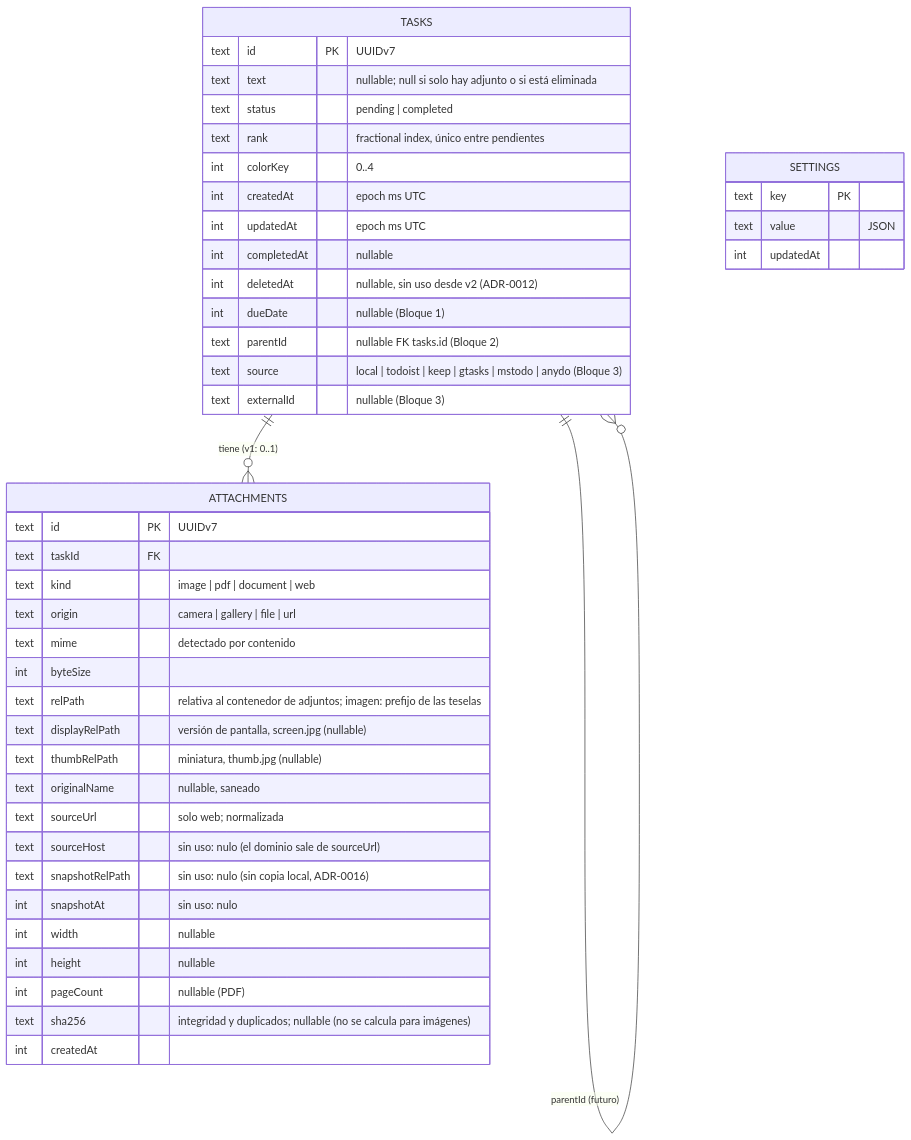
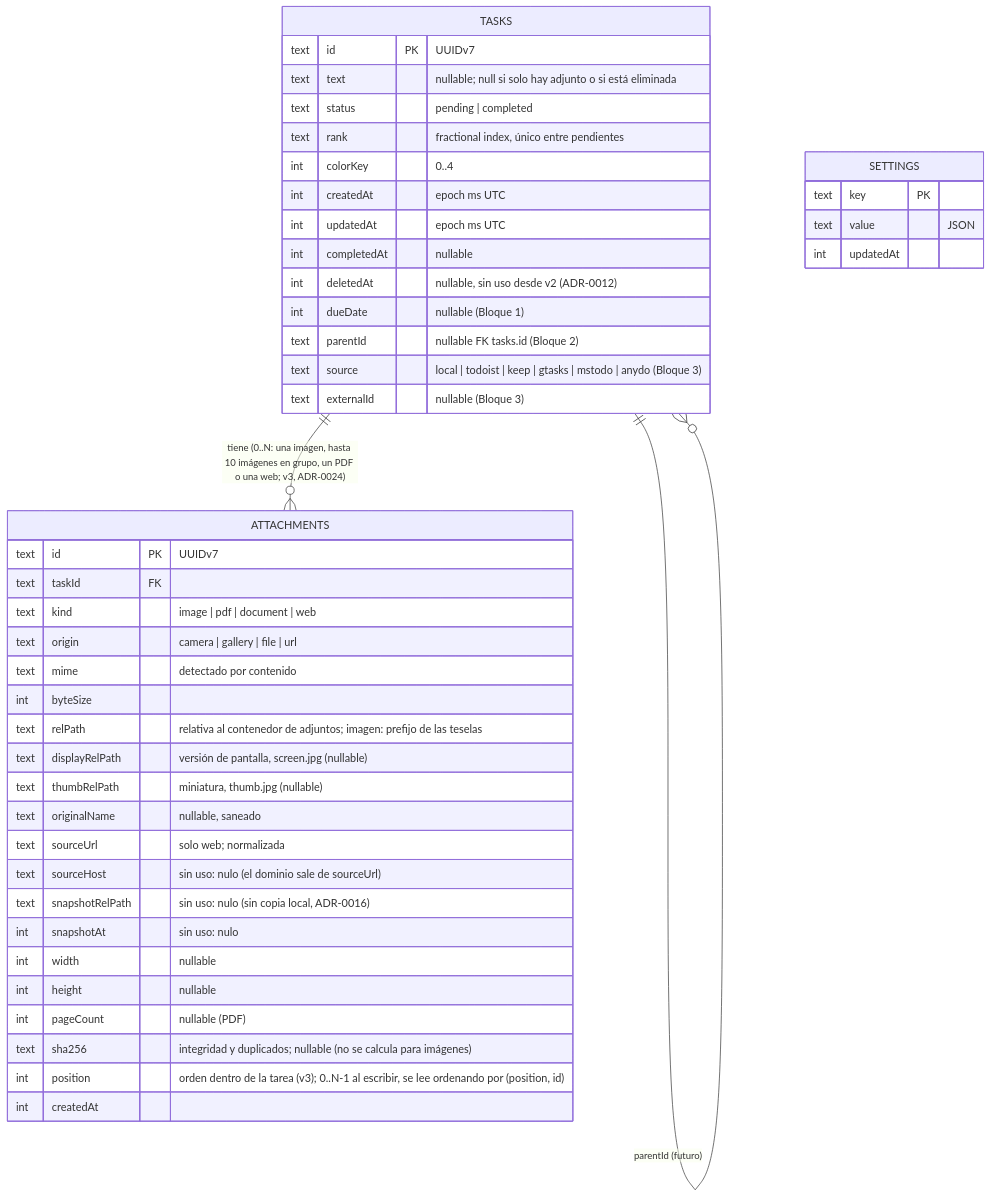
Before and after one commit to svallev/una: the third of 4 diagrams in docs/architecture.md, drawn with Mermaid. The commit also changed other lines of this file and 170 other files, not shown here.

````diff
--- a/docs/architecture.md
+++ b/docs/architecture.md
@@ -98,46 +98,47 @@
 ```mermaid
 erDiagram
-  TASKS ||--o{ ATTACHMENTS : "tiene (v1: 0..1)"
+  TASKS ||--o{ ATTACHMENTS : "tiene (0..N: una imagen, hasta 10 imágenes en grupo, un PDF o una web; v3, ADR-0024)"
   TASKS ||--o{ TASKS : "parentId (futuro)"
   TASKS {
     text id PK "UUIDv7"
     text text "nullable; null si solo hay adjunto o si está eliminada"
     text status "pending | completed"
     text rank "fractional index, único entre pendientes"
     int colorKey "0..4"
     int createdAt "epoch ms UTC"
     int updatedAt "epoch ms UTC"
     int completedAt "nullable"
     int deletedAt "nullable, sin uso desde v2 (ADR-0012)"
     int dueDate "nullable (Bloque 1)"
     text parentId "nullable FK tasks.id (Bloque 2)"
     text source "local | todoist | keep | gtasks | mstodo | anydo (Bloque 3)"
     text externalId "nullable (Bloque 3)"
   }
   ATTACHMENTS {
     text id PK "UUIDv7"
     text taskId FK
     text kind "image | pdf | document | web"
     text origin "camera | gallery | file | url"
     text mime "detectado por contenido"
     int byteSize
     text relPath "relativa al contenedor de adjuntos; imagen: prefijo de las teselas"
     text displayRelPath "versión de pantalla, screen.jpg (nullable)"
     text thumbRelPath "miniatura, thumb.jpg (nullable)"
     text originalName "nullable, saneado"
     text sourceUrl "solo web; normalizada"
     text sourceHost "sin uso: nulo (el dominio sale de sourceUrl)"
     text snapshotRelPath "sin uso: nulo (sin copia local, ADR-0016)"
     int snapshotAt "sin uso: nulo"
     int width "nullable"
     int height "nullable"
     int pageCount "nullable (PDF)"
     text sha256 "integridad y duplicados; nullable (no se calcula para imágenes)"
+    int position "orden dentro de la tarea (v3); 0..N-1 al escribir, se lee ordenando por (position, id)"
     int createdAt
   }
   SETTINGS {
     text key PK
     text value "JSON"
     int updatedAt
   }
 ```
````
